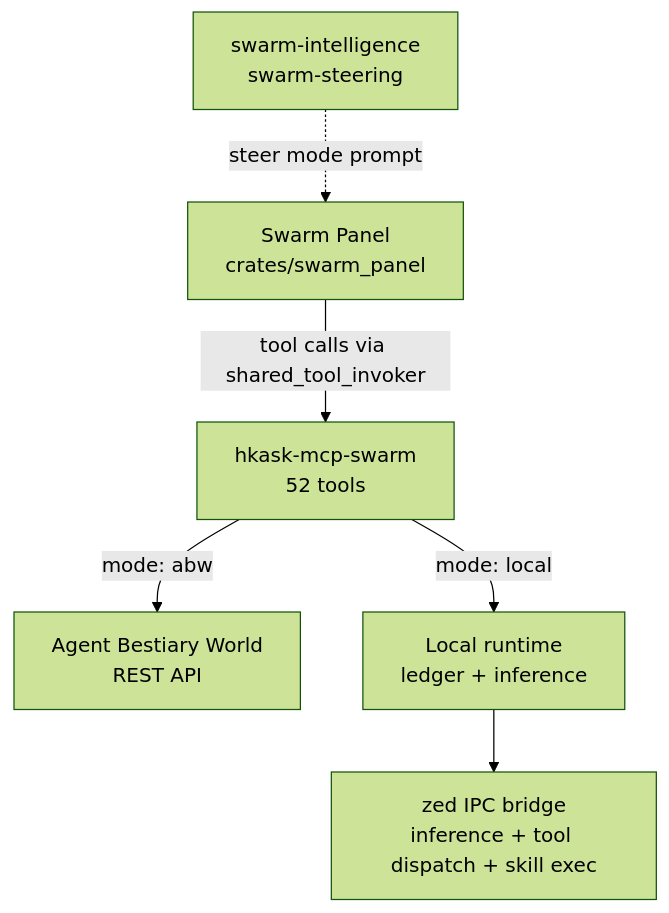
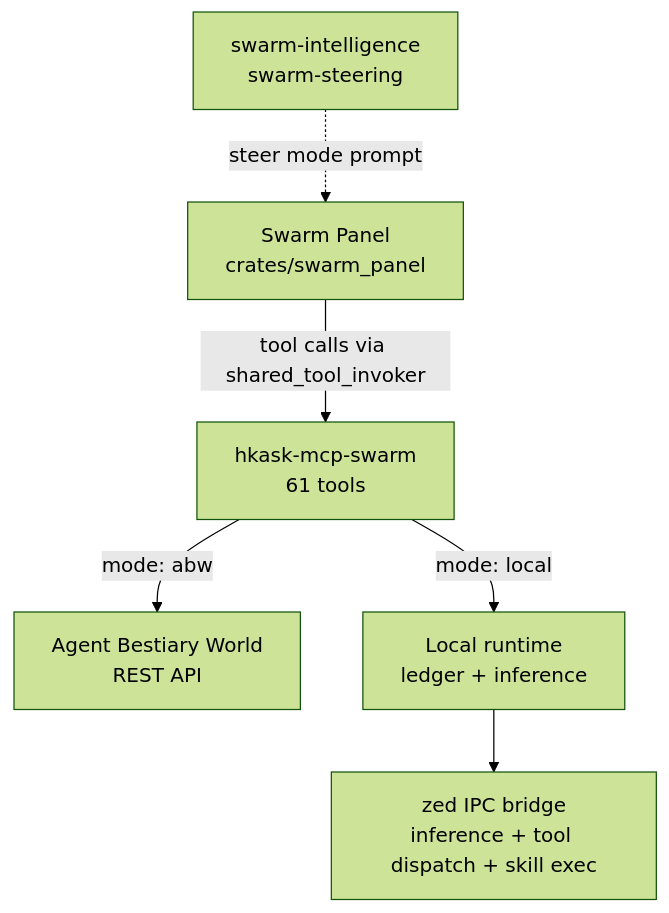
The first of 3 diagrams in kask/docs/diataxis/swarm_system/tutorial.md (mdz-axo/zed-kask), drawn with Mermaid (forest theme) before and after one commit. The commit also changed other lines of this file and 25 other files, not shown here.

````diff
--- a/kask/docs/diataxis/swarm_system/tutorial.md
+++ b/kask/docs/diataxis/swarm_system/tutorial.md
@@ -36,8 +36,8 @@
 ```mermaid
 flowchart TD
-    Panel[Swarm Panel<br/>crates/swarm_panel] -->|tool calls via shared_tool_invoker| Server[hkask-mcp-swarm<br/>52 tools]
+    Panel[Swarm Panel<br/>crates/swarm_panel] -->|tool calls via shared_tool_invoker| Server[hkask-mcp-swarm<br/>61 tools]
     Server -->|mode: abw| ABW[Agent Bestiary World<br/>REST API]
     Server -->|mode: local| Local[Local runtime<br/>ledger + inference]
     Local --> IPC[zed IPC bridge<br/>inference + tool dispatch + skill exec]
     Skills[swarm-intelligence<br/>swarm-steering] -.->|steer mode prompt| Panel
 ```
````
